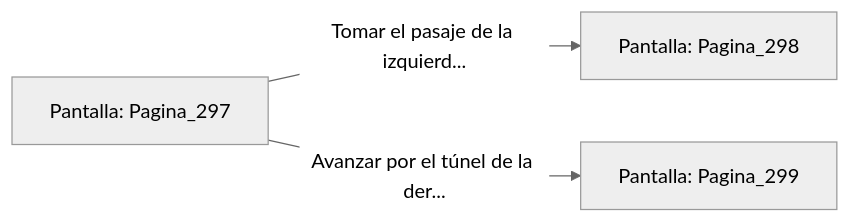
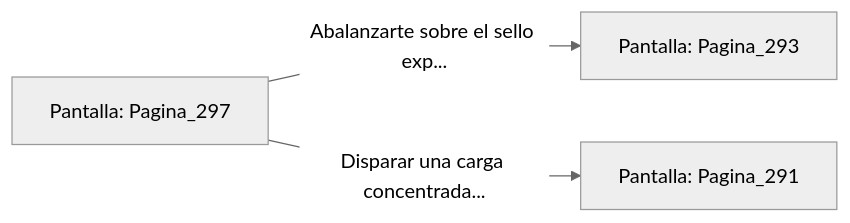
Before and after one commit to metsuke/mpl: the diagram in sample/eligejuego-vault/Pantalla_Pagina_297.md, drawn with Mermaid (neutral theme). The commit also changed other lines of this file and 635 other files, not shown here.

First line of the commit message:
fix: añadir Pagina_1 como pantalla inicial en capitulo_01.mpl

````diff
--- a/sample/eligejuego-vault/Pantalla_Pagina_297.md
+++ b/sample/eligejuego-vault/Pantalla_Pagina_297.md
@@ -20,6 +24,6 @@
 ```mermaid
 graph LR
     P_Pagina_297["Pantalla: Pagina_297"]
-    P_Pagina_297 -->|"Tomar el pasaje de la izquierd..."| P_Pagina_298["Pantalla: Pagina_298"]
-    P_Pagina_297 -->|"Avanzar por el túnel de la der..."| P_Pagina_299["Pantalla: Pagina_299"]
+    P_Pagina_297 -->|"Abalanzarte sobre el sello exp..."| P_Pagina_293["Pantalla: Pagina_293"]
+    P_Pagina_297 -->|"Disparar una carga concentrada..."| P_Pagina_291["Pantalla: Pagina_291"]
 ```
````
